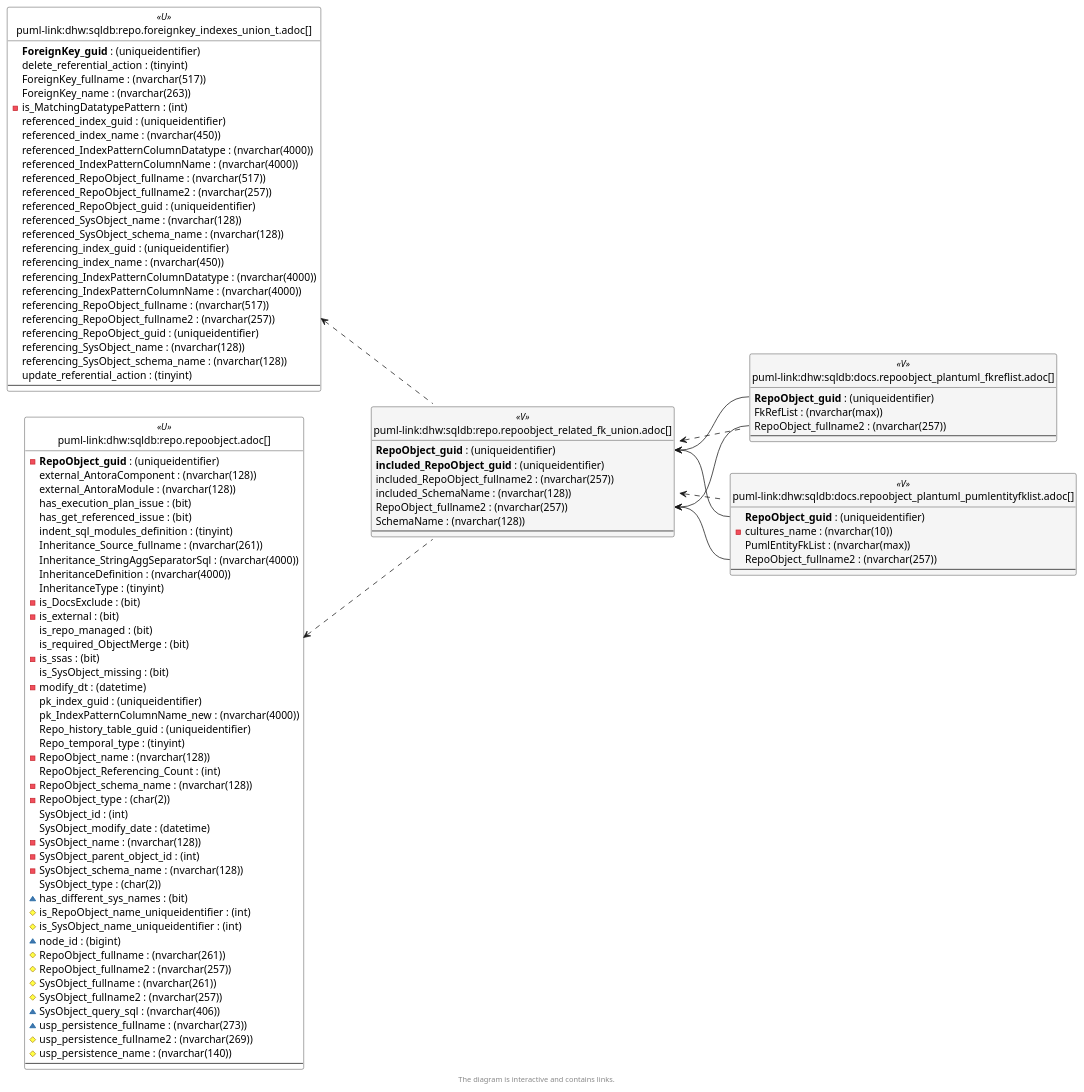
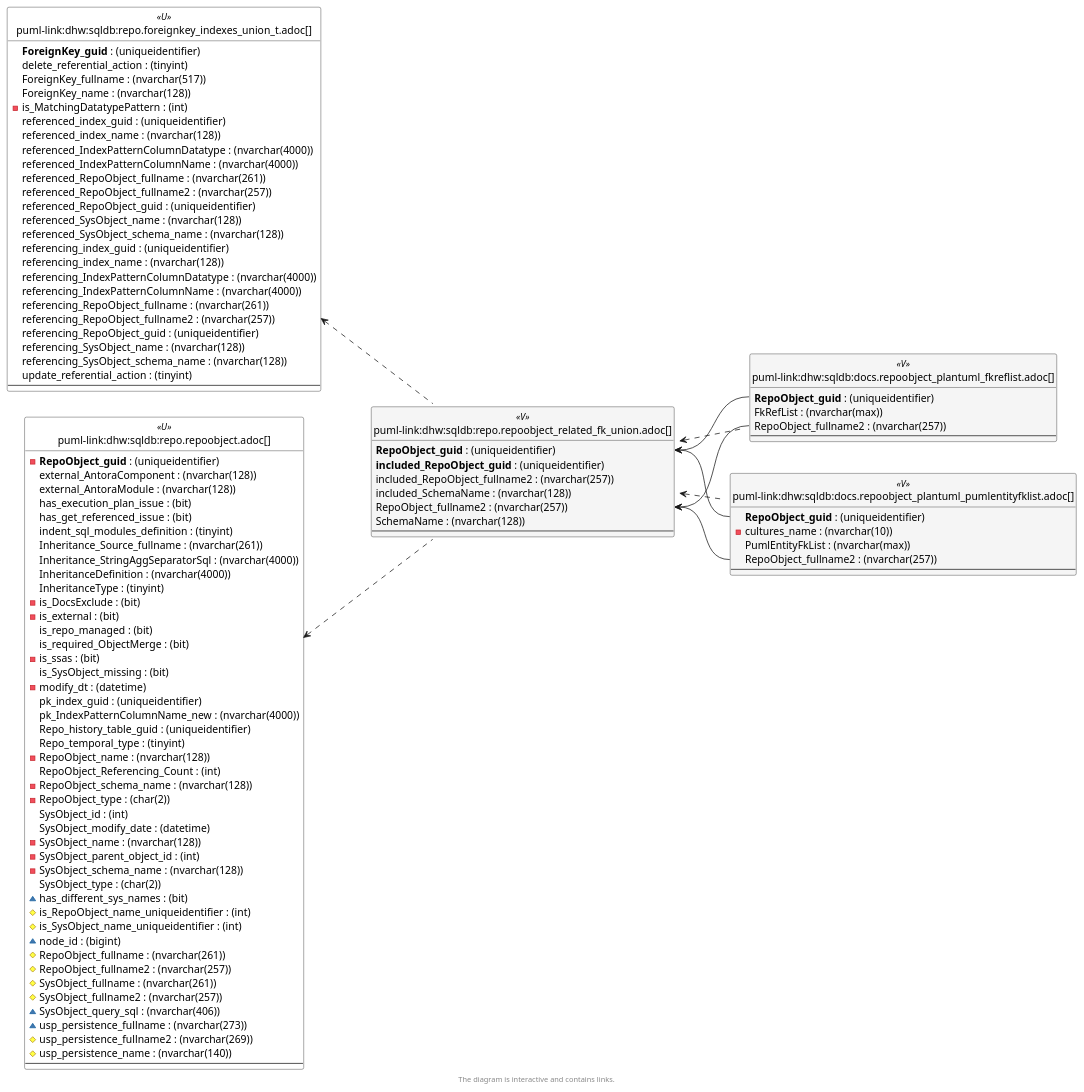
Before and after one commit to DataHandwerk/dhw-antora-sqldb: the sixth of 6 diagrams in docs/modules/sqldb/partials/content/repo.repoobject_related_fk_union.adoc, drawn with PlantUML. The commit also changed other lines of this file and 641 other files, not shown here.

```diff
--- a/docs/modules/sqldb/partials/content/repo.repoobject_related_fk_union.adoc
+++ b/docs/modules/sqldb/partials/content/repo.repoobject_related_fk_union.adoc
@@ -1867,22 +1867,22 @@
   **ForeignKey_guid** : (uniqueidentifier)
   delete_referential_action : (tinyint)
   ForeignKey_fullname : (nvarchar(517))
-  ForeignKey_name : (nvarchar(263))
+  ForeignKey_name : (nvarchar(128))
   - is_MatchingDatatypePattern : (int)
   referenced_index_guid : (uniqueidentifier)
-  referenced_index_name : (nvarchar(450))
+  referenced_index_name : (nvarchar(128))
   referenced_IndexPatternColumnDatatype : (nvarchar(4000))
   referenced_IndexPatternColumnName : (nvarchar(4000))
-  referenced_RepoObject_fullname : (nvarchar(517))
+  referenced_RepoObject_fullname : (nvarchar(261))
   referenced_RepoObject_fullname2 : (nvarchar(257))
   referenced_RepoObject_guid : (uniqueidentifier)
   referenced_SysObject_name : (nvarchar(128))
   referenced_SysObject_schema_name : (nvarchar(128))
   referencing_index_guid : (uniqueidentifier)
-  referencing_index_name : (nvarchar(450))
+  referencing_index_name : (nvarchar(128))
   referencing_IndexPatternColumnDatatype : (nvarchar(4000))
   referencing_IndexPatternColumnName : (nvarchar(4000))
-  referencing_RepoObject_fullname : (nvarchar(517))
+  referencing_RepoObject_fullname : (nvarchar(261))
   referencing_RepoObject_fullname2 : (nvarchar(257))
   referencing_RepoObject_guid : (uniqueidentifier)
   referencing_SysObject_name : (nvarchar(128))
@@ -1950,8 +1950,8 @@
 
 repo.ForeignKey_Indexes_union_T <.. repo.RepoObject_related_FK_union
 repo.RepoObject <.. repo.RepoObject_related_FK_union
+repo.RepoObject_related_FK_union <.. docs.RepoObject_PlantUml_FkRefList
 repo.RepoObject_related_FK_union <.. docs.RepoObject_PlantUml_PumlEntityFkList
-repo.RepoObject_related_FK_union <.. docs.RepoObject_PlantUml_FkRefList
 "repo.RepoObject_related_FK_union::RepoObject_fullname2" <-- "docs.RepoObject_PlantUml_PumlEntityFkList::RepoObject_fullname2"
 "repo.RepoObject_related_FK_union::RepoObject_fullname2" <-- "docs.RepoObject_PlantUml_FkRefList::RepoObject_fullname2"
 "repo.RepoObject_related_FK_union::RepoObject_guid" <-- "docs.RepoObject_PlantUml_FkRefList::RepoObject_guid"
```
